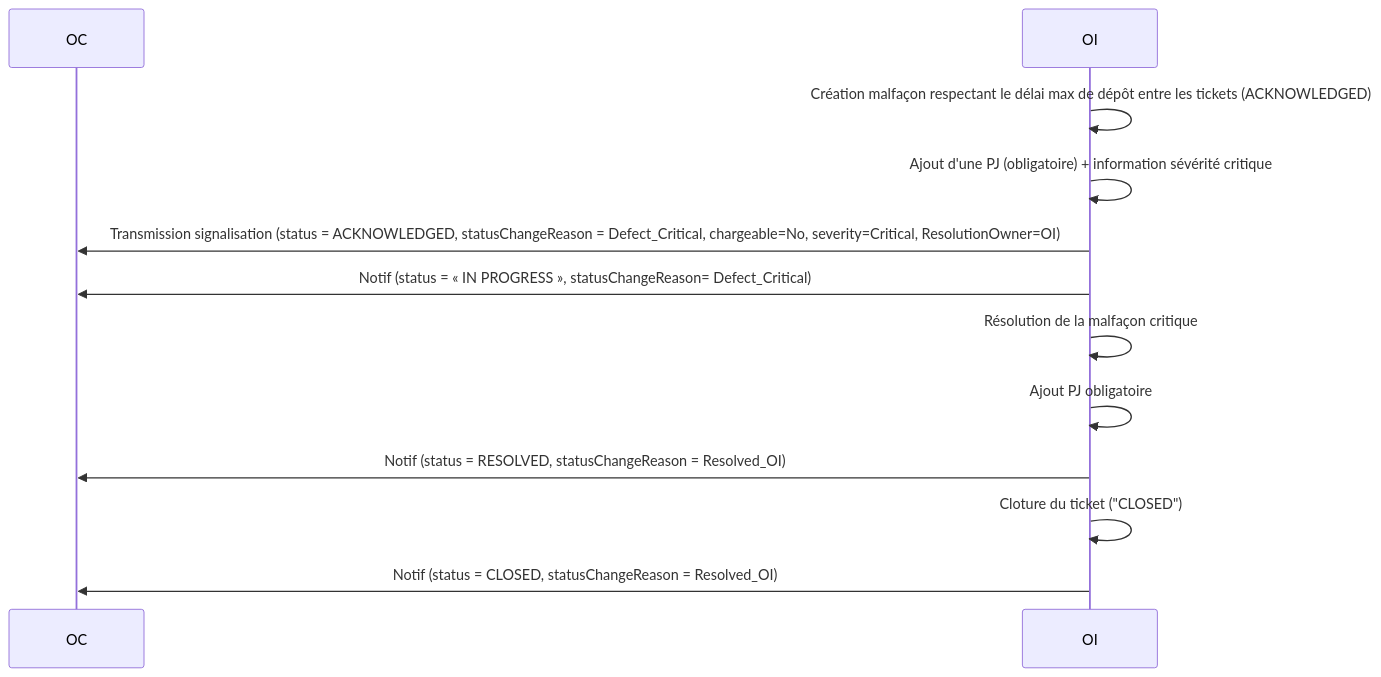
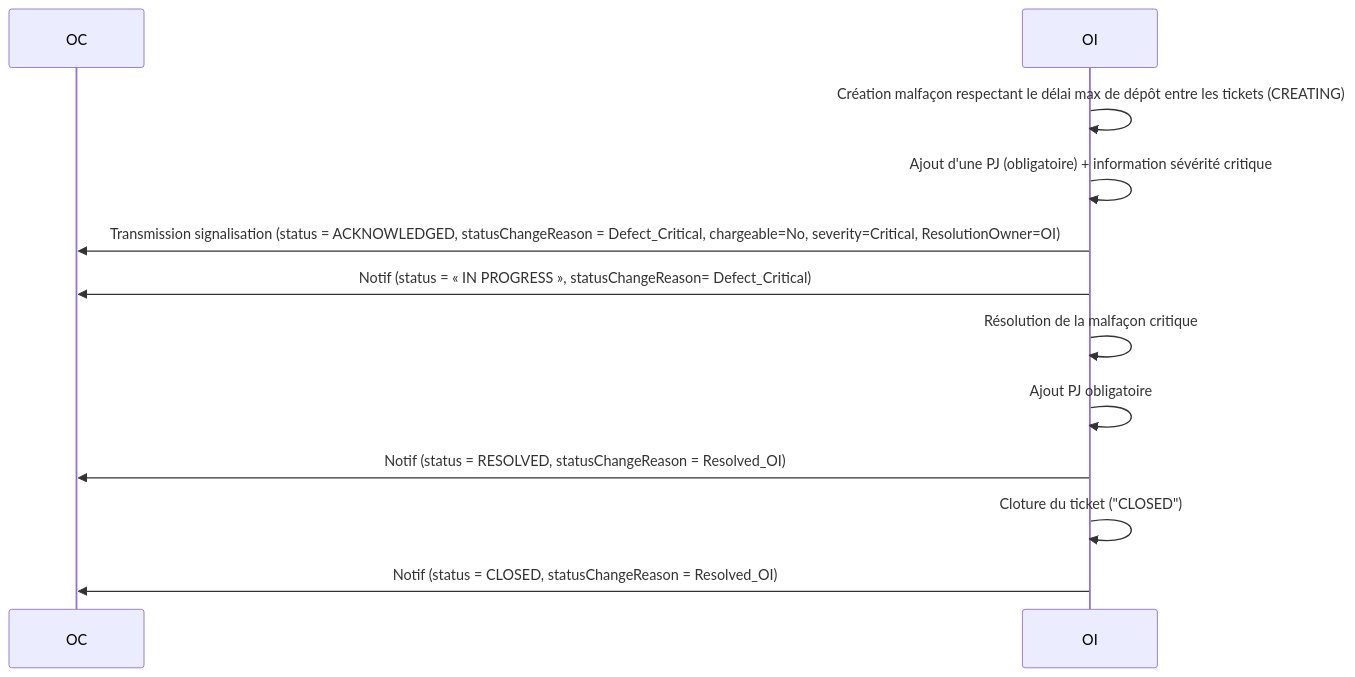
Before and after one commit to before-interop/malfacon: the fourth of 12 diagrams in README.md, drawn with Mermaid. The commit also changed other lines of this file and 5 other files, not shown here.

````diff
--- a/README.md
+++ b/README.md
@@ -347,16 +392,16 @@
 ```mermaid
 sequenceDiagram
 
   participant OC
   participant OI
 
-  OI->>OI: Création malfaçon respectant le délai max de dépôt entre les tickets (ACKNOWLEDGED)
+  OI->>OI: Création malfaçon respectant le délai max de dépôt entre les tickets (CREATING)
   OI->>OI: Ajout d'une PJ (obligatoire) + information sévérité critique
   OI->>OC: Transmission signalisation (status = ACKNOWLEDGED, statusChangeReason = Defect_Critical, chargeable=No, severity=Critical, ResolutionOwner=OI)
-  OI->>OC: Notif (status = « IN PROGRESS », statusChangeReason= Defect_Critical)
+  OI->>OC: Notif (status = « IN PROGRESS », statusChangeReason= Defect_Critical)
   OI->>OI: Résolution de la malfaçon critique
   OI->>OI: Ajout PJ obligatoire
   OI->>OC: Notif (status = RESOLVED, statusChangeReason = Resolved_OI)
   OI->>OI: Cloture du ticket ("CLOSED")
   OI->>OC: Notif (status = CLOSED, statusChangeReason = Resolved_OI)
 ```
````
